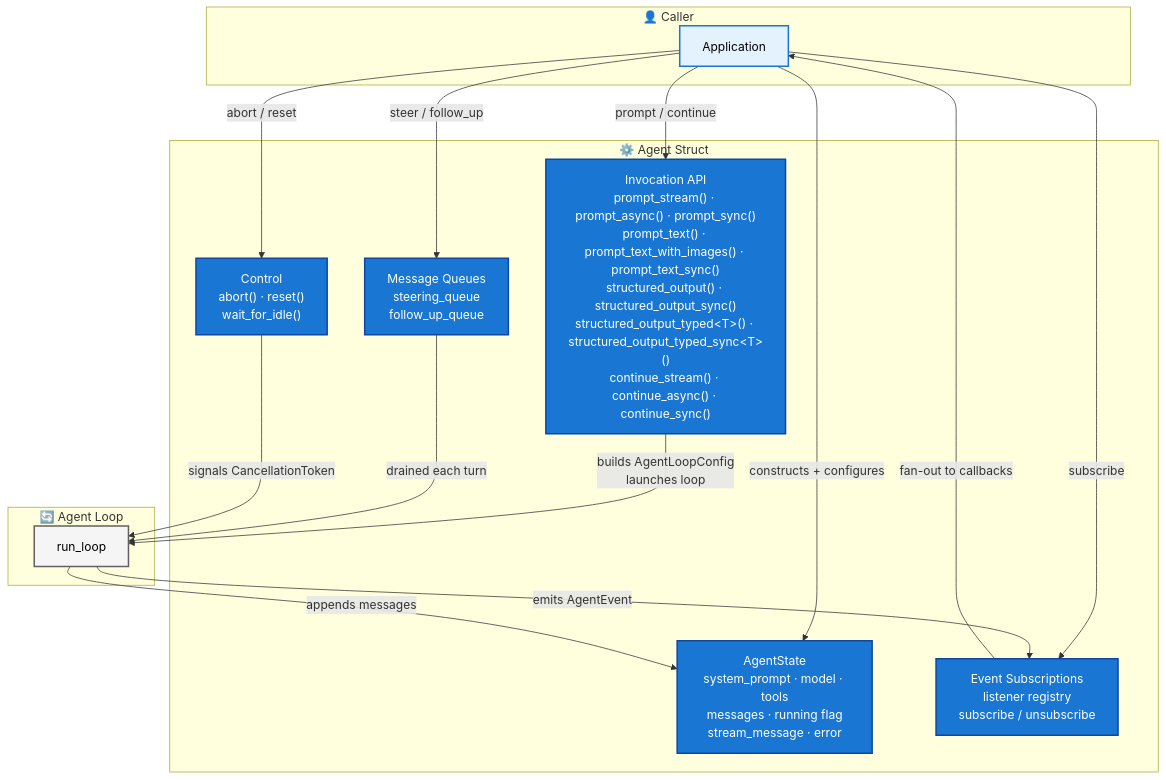
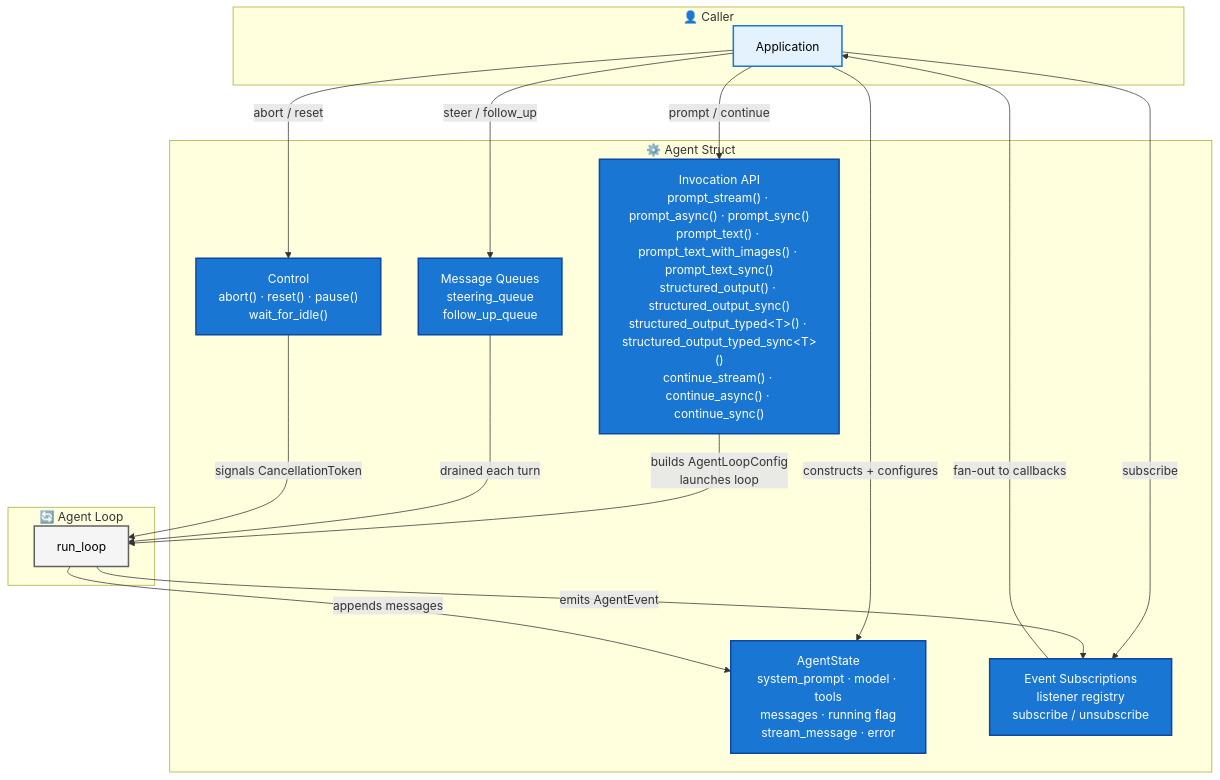
Before and after one commit to SuperSwinkAI/Swink-Agent: the first of 4 diagrams in docs/architecture/agent/README.md, drawn with Mermaid. The commit also changed other lines of this file and 21 other files, not shown here.

````diff
--- a/docs/architecture/agent/README.md
+++ b/docs/architecture/agent/README.md
@@ -12,38 +12,38 @@
 ```mermaid
 flowchart TB
     subgraph CallerLayer["👤 Caller"]
         App["Application"]
     end
 
     subgraph AgentLayer["⚙️ Agent Struct"]
         State["AgentState<br/>system_prompt · model · tools<br/>messages · running flag<br/>stream_message · error"]
         Queues["Message Queues<br/>steering_queue<br/>follow_up_queue"]
         API["Invocation API<br/>prompt_stream() · prompt_async() · prompt_sync()<br/>prompt_text() · prompt_text_with_images() · prompt_text_sync()<br/>structured_output() · structured_output_sync()<br/>structured_output_typed&lt;T&gt;() · structured_output_typed_sync&lt;T&gt;()<br/>continue_stream() · continue_async() · continue_sync()"]
         Events["Event Subscriptions<br/>listener registry<br/>subscribe / unsubscribe"]
-        Control["Control<br/>abort() · reset()<br/>wait_for_idle()"]
+        Control["Control<br/>abort() · reset() · pause()<br/>wait_for_idle()"]
     end
 
     subgraph LoopLayer["🔄 Agent Loop"]
         Loop["run_loop"]
     end
 
     App -->|"constructs + configures"| State
     App -->|"prompt / continue"| API
     App -->|"steer / follow_up"| Queues
     App -->|"subscribe"| Events
     App -->|"abort / reset"| Control
     API -->|"builds AgentLoopConfig<br/>launches loop"| Loop
     Queues -->|"drained each turn"| Loop
     Loop -->|"emits AgentEvent"| Events
     Events -->|"fan-out to callbacks"| App
     Loop -->|"appends messages"| State
     Control -->|"signals CancellationToken"| Loop
 
     classDef callerStyle fill:#e3f2fd,stroke:#1976d2,stroke-width:2px,color:#000
     classDef agentStyle fill:#1976d2,stroke:#0d47a1,stroke-width:2px,color:#fff
     classDef loopStyle fill:#f5f5f5,stroke:#616161,stroke-width:2px,color:#000
 
     class App callerStyle
     class State,Queues,API,Events,Control agentStyle
     class Loop loopStyle
 ```
````
